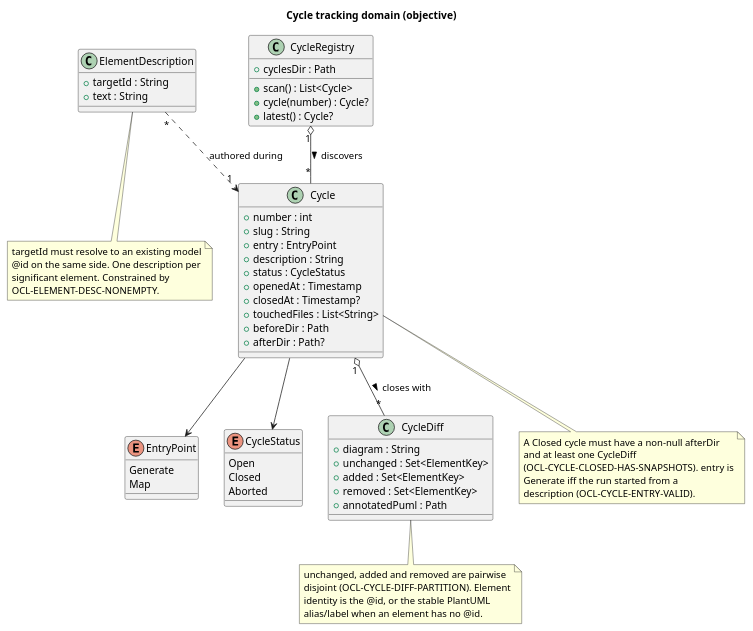
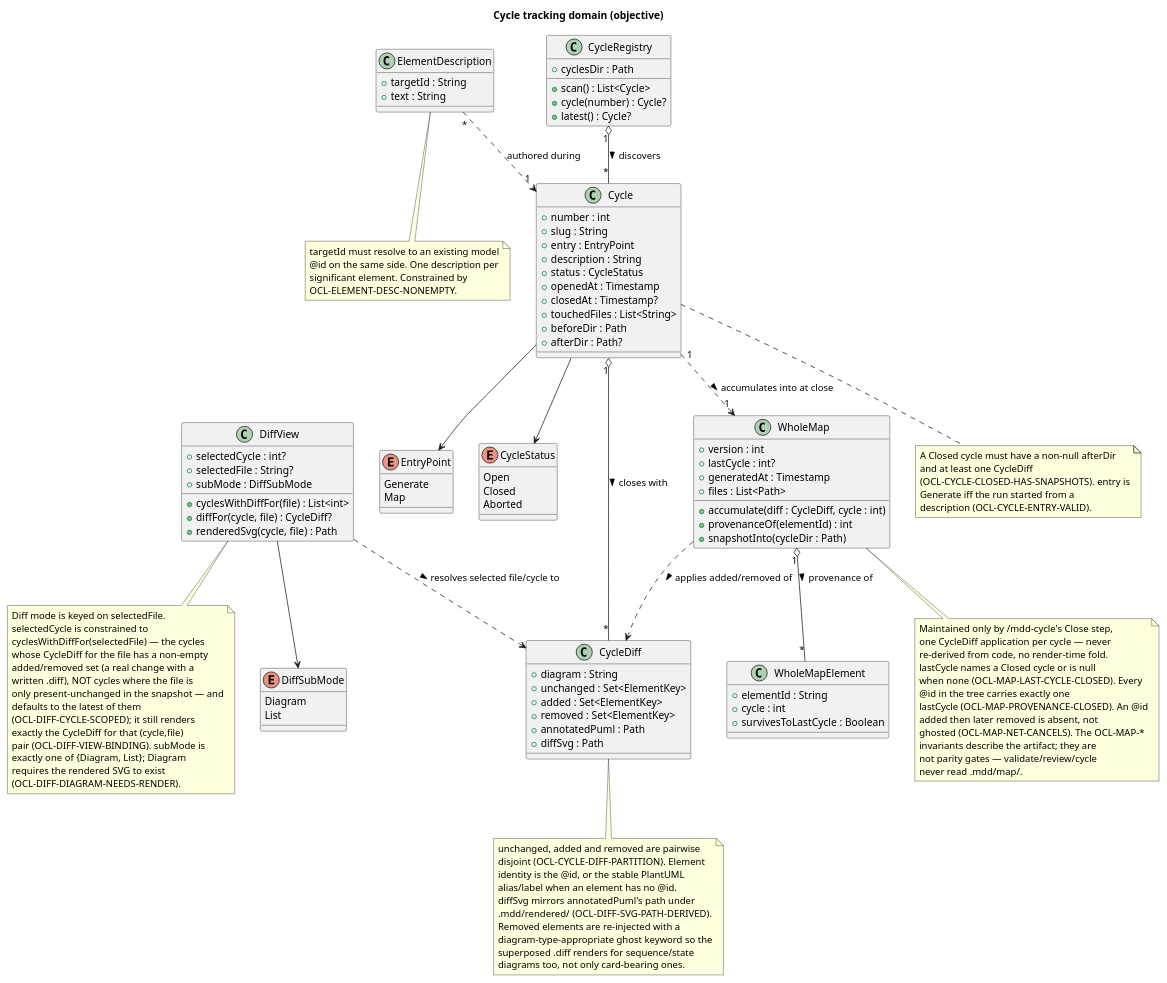
The diagram in .mdd/models/objective/domain/cycle-tracking.puml (cthadeufaria/model-driven-development), drawn with PlantUML before and after one commit. The commit also changed 366 other files, not shown here.

First line of the commit message:
Checkpoint: uncommitted MDD cycles 0001-0005 and crate work

```diff
--- a/.mdd/models/objective/domain/cycle-tracking.puml
+++ b/.mdd/models/objective/domain/cycle-tracking.puml
@@ -1,87 +1,166 @@
 @startuml
 ' @id(DOM-CYCLE)
 ' @id(DOM-CYCLE-DIFF)
 ' @id(DOM-ELEMENT-DESCRIPTION)
 ' @id(DOM-CYCLE-REGISTRY)
+' @id(DOM-DIFF-VIEW)
+' @id(DOM-WHOLE-MAP)
 '
 ' Objective-side domain model for cycle tracking. New concepts, absent on
 ' the current side until /mdd-implement + /mdd-map close the parity gap.
 '
 ' @desc(DOM-CYCLE, "One tracked MDD loop: its entry point, description, status, the model files it touched, and its before/after snapshot directories.")
-' @desc(DOM-CYCLE-DIFF, "Per-diagram element partition between a cycle's before and after current-side snapshots: unchanged, added, removed.")
+' @desc(DOM-CYCLE-DIFF, "Per-diagram element partition between a cycle's before and after current-side snapshots: unchanged, added, removed, plus the path of its rendered superposed .diff.svg.")
 ' @desc(DOM-ELEMENT-DESCRIPTION, "The @desc(<ID>, text) marker: a one-line human description attached to a model @id, surfaced in the MODEL CONTEXT card.")
 ' @desc(DOM-CYCLE-REGISTRY, "Scans .mdd/cycles/ into an ordered list of Cycle records for the viewer rail and diff view; analogous to ModelRegistry.")
+' @desc(DOM-DIFF-VIEW, "Viewer Diff-mode state: the selected cycle, the file selected in the rail, and the sub-mode (Diagram renders the .diff.svg, List shows that file's text buckets).")
+' @desc(DOM-WHOLE-MAP, "The persisted per-concept .mdd/map/ accumulation plus manifest.yml: built by replaying each closed cycle's CycleDiff onto it (added @ids copied in with @cycle provenance, removed dropped so add-then-remove nets to neither), snapshotted per cycle under .mdd/cycles/<N>/whole/. An inspection baseline only — read by nothing in the parity gate.")
 title Cycle tracking domain (objective)
 
 enum EntryPoint {
   Generate
   Map
 }
 
 enum CycleStatus {
   Open
   Closed
   Aborted
+}
+
+enum DiffSubMode {
+  Diagram
+  List
 }
 
 class Cycle {
   + number : int
   + slug : String
   + entry : EntryPoint
   + description : String
   + status : CycleStatus
   + openedAt : Timestamp
   + closedAt : Timestamp?
   + touchedFiles : List<String>
   + beforeDir : Path
   + afterDir : Path?
 }
 
 class CycleDiff {
   + diagram : String
   + unchanged : Set<ElementKey>
   + added : Set<ElementKey>
   + removed : Set<ElementKey>
   + annotatedPuml : Path
+  + diffSvg : Path
 }
 
 class ElementDescription {
   + targetId : String
   + text : String
 }
 
 class CycleRegistry {
   + cyclesDir : Path
   + scan() : List<Cycle>
   + cycle(number) : Cycle?
   + latest() : Cycle?
 }
 
+class DiffView {
+  + selectedCycle : int?
+  + selectedFile : String?
+  + subMode : DiffSubMode
+  + cyclesWithDiffFor(file) : List<int>
+  + diffFor(cycle, file) : CycleDiff?
+  + renderedSvg(cycle, file) : Path
+}
+
+class WholeMap {
+  + version : int
+  + lastCycle : int?
+  + generatedAt : Timestamp
+  + files : List<Path>
+  + accumulate(diff : CycleDiff, cycle : int)
+  + provenanceOf(elementId) : int
+  + snapshotInto(cycleDir : Path)
+}
+
+class WholeMapElement {
+  + elementId : String
+  + cycle : int
+  + survivesToLastCycle : Boolean
+}
+
 CycleRegistry "1" o-- "*" Cycle : discovers >
 Cycle "1" o-- "*" CycleDiff : closes with >
 Cycle --> EntryPoint
 Cycle --> CycleStatus
 ElementDescription "*" ..> "1" Cycle : authored during
+DiffView --> DiffSubMode
+DiffView ..> CycleDiff : resolves selected file/cycle to >
+Cycle "1" ..> "1" WholeMap : accumulates into at close >
+WholeMap ..> CycleDiff : applies added/removed of >
+WholeMap "1" o-- "*" WholeMapElement : provenance of >
 
 note bottom of ElementDescription
   targetId must resolve to an existing model
   @id on the same side. One description per
   significant element. Constrained by
   OCL-ELEMENT-DESC-NONEMPTY.
 end note
 
 note bottom of CycleDiff
   unchanged, added and removed are pairwise
   disjoint (OCL-CYCLE-DIFF-PARTITION). Element
   identity is the @id, or the stable PlantUML
   alias/label when an element has no @id.
+  diffSvg mirrors annotatedPuml's path under
+  .mdd/rendered/ (OCL-DIFF-SVG-PATH-DERIVED).
+  Removed elements are re-injected with a
+  diagram-type-appropriate ghost keyword so the
+  superposed .diff renders for sequence/state
+  diagrams too, not only card-bearing ones.
 end note
 
 note bottom of Cycle
   A Closed cycle must have a non-null afterDir
   and at least one CycleDiff
   (OCL-CYCLE-CLOSED-HAS-SNAPSHOTS). entry is
   Generate iff the run started from a
   description (OCL-CYCLE-ENTRY-VALID).
 end note
+
+note bottom of DiffView
+  Diff mode is keyed on selectedFile.
+  selectedCycle is constrained to
+  cyclesWithDiffFor(selectedFile) — the cycles
+  whose CycleDiff for the file has a non-empty
+  added/removed set (a real change with a
+  written .diff), NOT cycles where the file is
+  only present-unchanged in the snapshot — and
+  defaults to the latest of them
+  (OCL-DIFF-CYCLE-SCOPED); it still renders
+  exactly the CycleDiff for that (cycle,file)
+  pair (OCL-DIFF-VIEW-BINDING). subMode is
+  exactly one of {Diagram, List}; Diagram
+  requires the rendered SVG to exist
+  (OCL-DIFF-DIAGRAM-NEEDS-RENDER).
+end note
+
+note bottom of WholeMap
+  Maintained only by /mdd-cycle's Close step,
+  one CycleDiff application per cycle — never
+  re-derived from code, no render-time fold.
+  lastCycle names a Closed cycle or is null
+  when none (OCL-MAP-LAST-CYCLE-CLOSED). Every
+  @id in the tree carries exactly one
+  ' @cycle(<ID>,N) and N is a Closed cycle <=
+  lastCycle (OCL-MAP-PROVENANCE-CLOSED). An @id
+  added then later removed is absent, not
+  ghosted (OCL-MAP-NET-CANCELS). The OCL-MAP-*
+  invariants describe the artifact; they are
+  not parity gates — validate/review/cycle
+  never read .mdd/map/.
+end note
 @enduml
```
